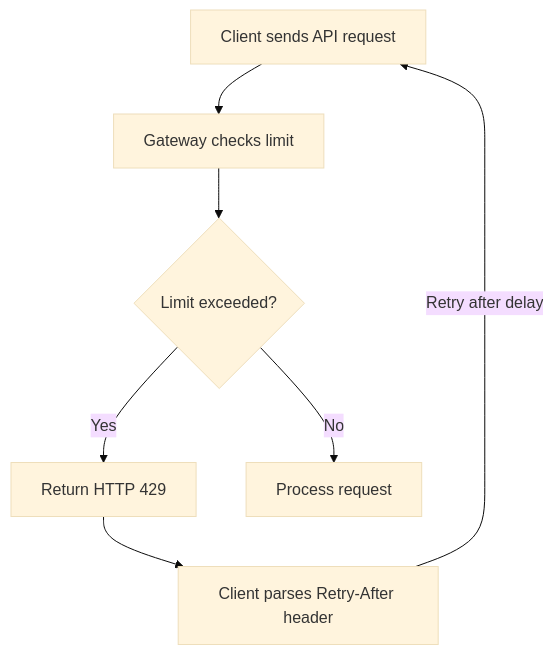
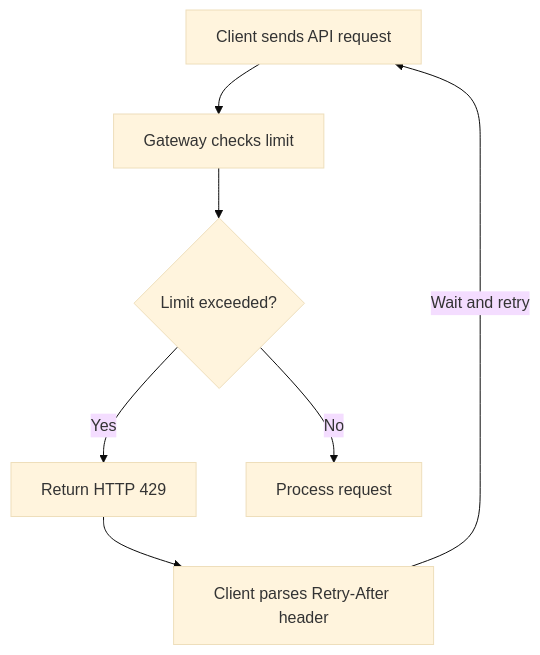
The diagram in docs/systems-thinking/feedback-loop.md (vaishvanara/techwritingkb), drawn with Mermaid (base theme) before and after one commit. The commit also changed other lines of this file and 26 other files, not shown here.

````diff
--- a/docs/systems-thinking/feedback-loop.md
+++ b/docs/systems-thinking/feedback-loop.md
@@ -74,11 +73,11 @@
 ```mermaid
 graph TD
     A[Client sends API request] --> B[Gateway checks limit]
     B --> C{Limit exceeded?}
     
     C -- Yes --> D[Return HTTP 429]
     C -- No --> F[Process request]
     
     D --> E[Client parses Retry-After header]
-    E -->|Retry after delay| A
+    E -->|Wait and retry| A
 ```
````
